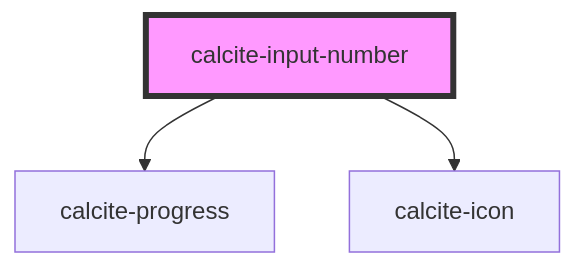
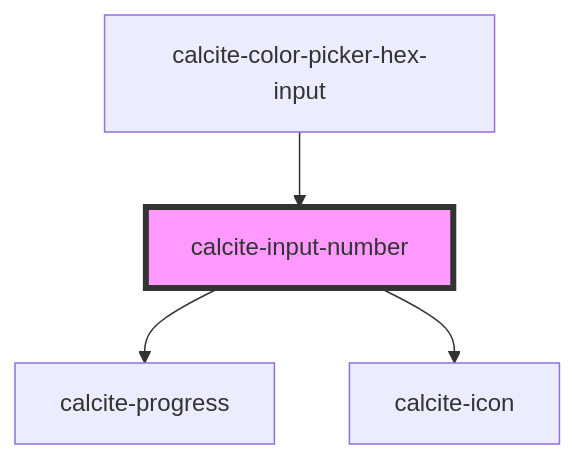
The diagram in src/components/input-number/readme.md (Esri/calcite-design-system), drawn with Mermaid before and after one commit. The commit also changed other lines of this file and 69 other files, not shown here.

````diff
--- a/src/components/input-number/readme.md
+++ b/src/components/input-number/readme.md
@@ -80,6 +85,7 @@
 ```mermaid
 graph TD;
   calcite-input-number --> calcite-progress
   calcite-input-number --> calcite-icon
+  calcite-color-picker-hex-input --> calcite-input-number
   style calcite-input-number fill:#f9f,stroke:#333,stroke-width:4px
 ```
````
